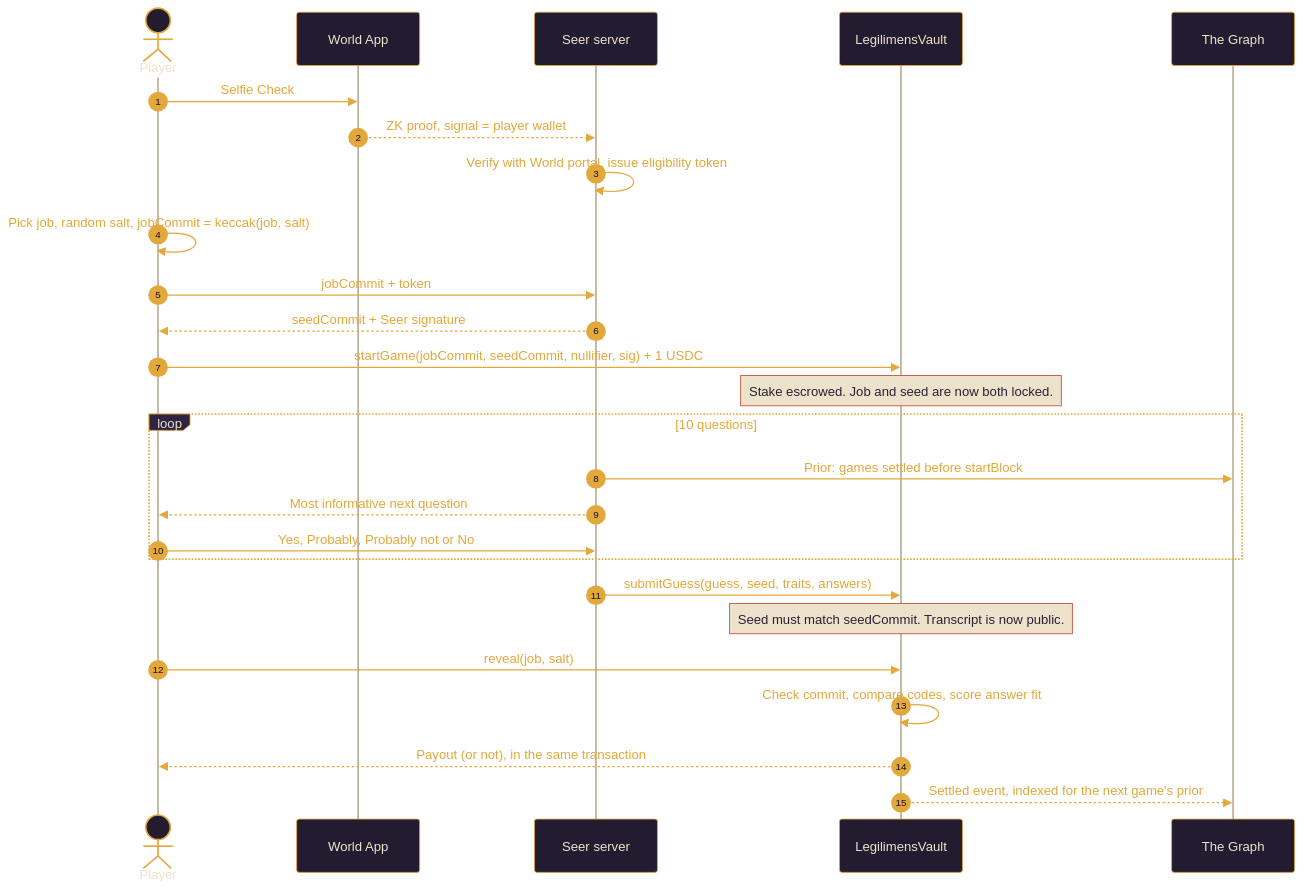
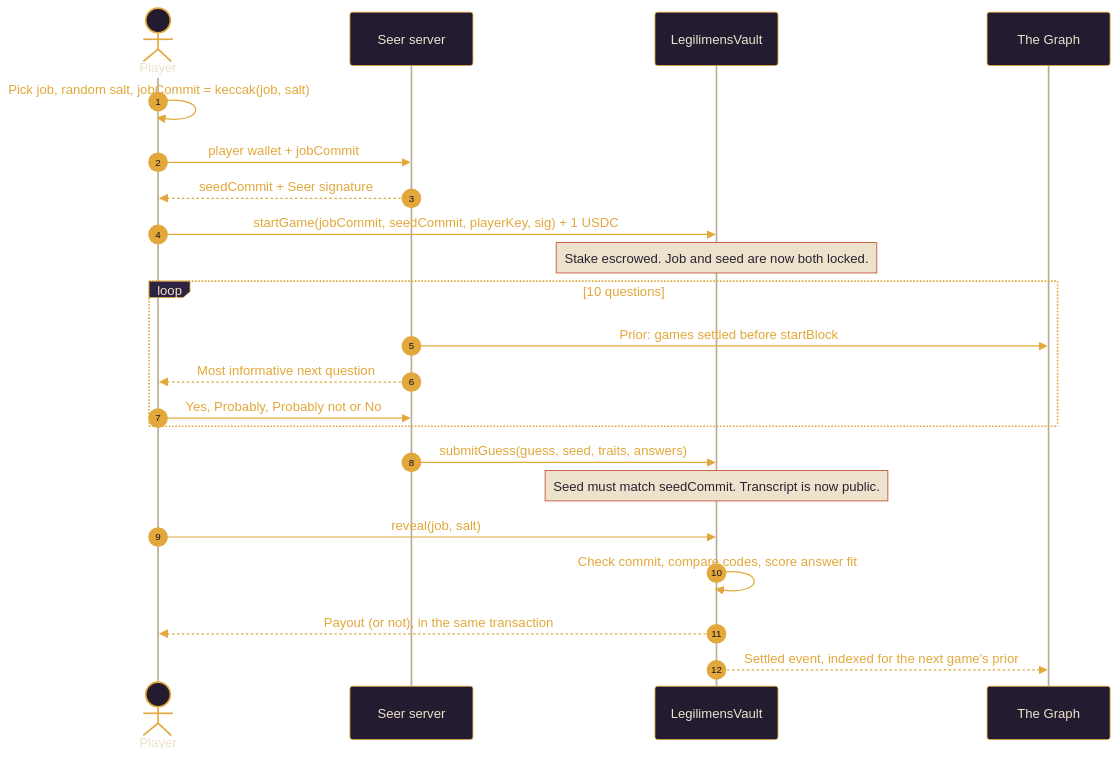
Before and after one commit to TheRealRajdeep/Legilimens: the first of 8 diagrams in README.md, drawn with Mermaid. The commit also changed other lines of this file and 18 other files, not shown here.

First line of the commit message:
refactor: drop World ID and key the daily quota by wallet

````diff
--- a/README.md
+++ b/README.md
@@ -54,32 +54,28 @@
 ```mermaid
 %%{init: {"theme":"base","themeVariables":{"fontFamily":"Georgia, serif","actorBkg":"#231C31","actorBorder":"#E2A83B","actorTextColor":"#EDE3CC","actorLineColor":"#B9AD93","signalColor":"#E2A83B","signalTextColor":"#E2A83B","labelBoxBkgColor":"#2E2340","labelBoxBorderColor":"#E2A83B","labelTextColor":"#EDE3CC","loopTextColor":"#E2A83B","noteBkgColor":"#EDE3CC","noteTextColor":"#2A2233","noteBorderColor":"#C4472D","activationBkgColor":"#2E2340","activationBorderColor":"#3FB6A8","sequenceNumberColor":"#15111F"}}}%%
 sequenceDiagram
     autonumber
     actor P as Player
-    participant W as World App
     participant S as Seer server
     participant V as LegilimensVault
     participant G as The Graph
 
-    P->>W: Selfie Check
-    W-->>S: ZK proof, signal = player wallet
-    S->>S: Verify with World portal, issue eligibility token
     P->>P: Pick job, random salt, jobCommit = keccak(job, salt)
-    P->>S: jobCommit + token
+    P->>S: player wallet + jobCommit
     S-->>P: seedCommit + Seer signature
-    P->>V: startGame(jobCommit, seedCommit, nullifier, sig) + 1 USDC
+    P->>V: startGame(jobCommit, seedCommit, playerKey, sig) + 1 USDC
     Note over V: Stake escrowed. Job and seed are now both locked.
 
     loop 10 questions
         S->>G: Prior: games settled before startBlock
         S-->>P: Most informative next question
         P->>S: Yes, Probably, Probably not or No
     end
 
     S->>V: submitGuess(guess, seed, traits, answers)
     Note over V: Seed must match seedCommit. Transcript is now public.
     P->>V: reveal(job, salt)
     V->>V: Check commit, compare codes, score answer fit
     V-->>P: Payout (or not), in the same transaction
     V-->>G: Settled event, indexed for the next game's prior
 ```
````
